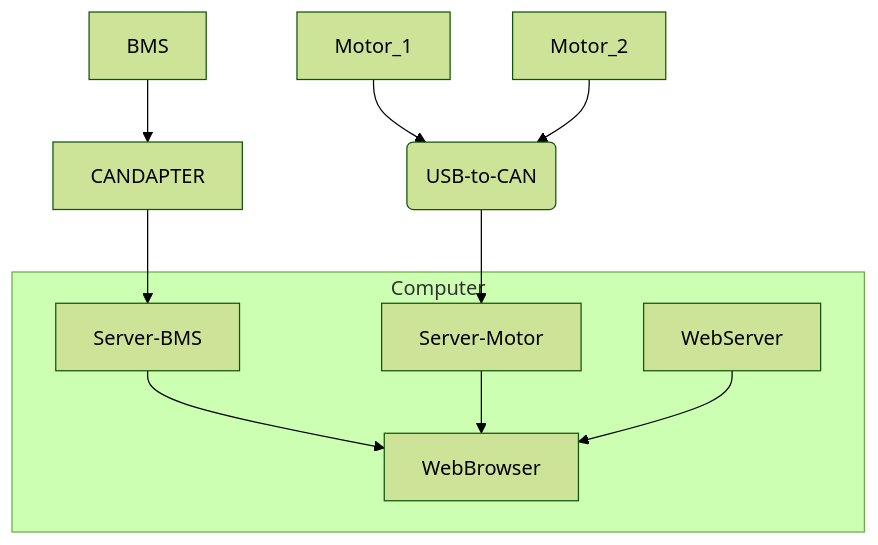
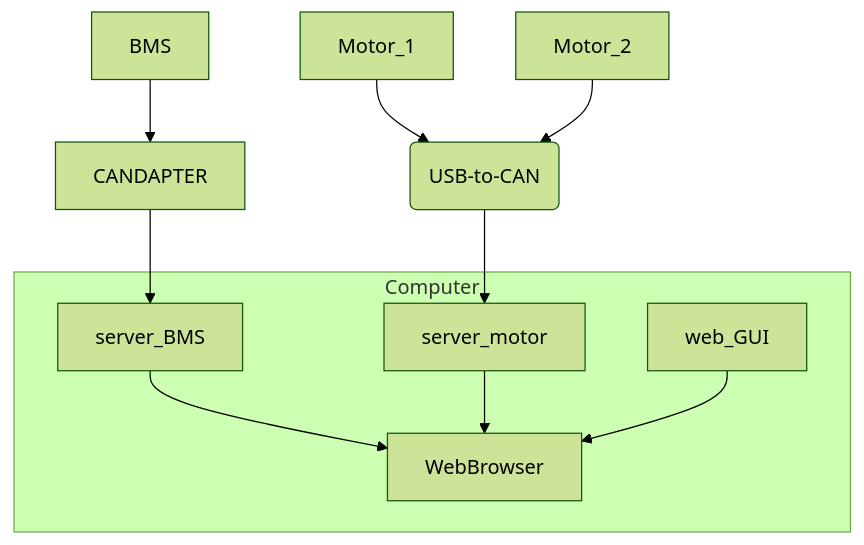
One commit to jhynes94/electro-car-dashboard changed the diagram in README.md. Above: the diagram before and after it, drawn with Mermaid (forest theme). The commit also changed other lines of this file and 21 other files, not shown here.

````diff
--- a/README.md
+++ b/README.md
@@ -6,15 +6,15 @@
 ```mermaid
 graph TD;
     Motor_1-->IXXAT(USB-to-CAN);
     Motor_2-->IXXAT(USB-to-CAN);
-    IXXAT(USB-to-CAN)-->Server-Motor
+    IXXAT(USB-to-CAN)-->server_motor
     BMS-->CANDAPTER;
-    CANDAPTER-->Server-BMS
+    CANDAPTER-->server_BMS
 
 
     subgraph Computer
-    Server-BMS-->WebBrowser
-    Server-Motor-->WebBrowser
-    WebServer-->WebBrowser
+    server_BMS-->WebBrowser
+    server_motor-->WebBrowser
+    web_GUI-->WebBrowser
     end
 ```
````
